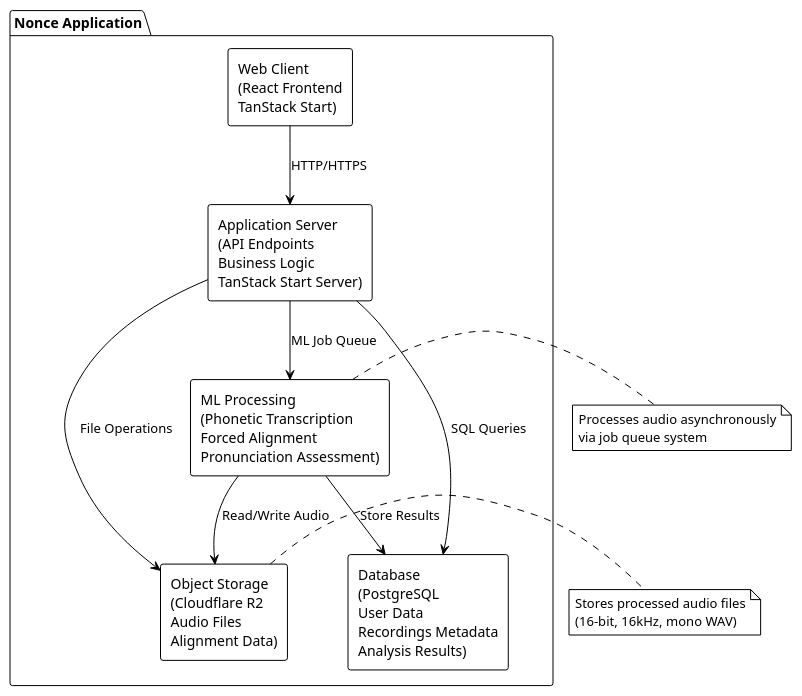
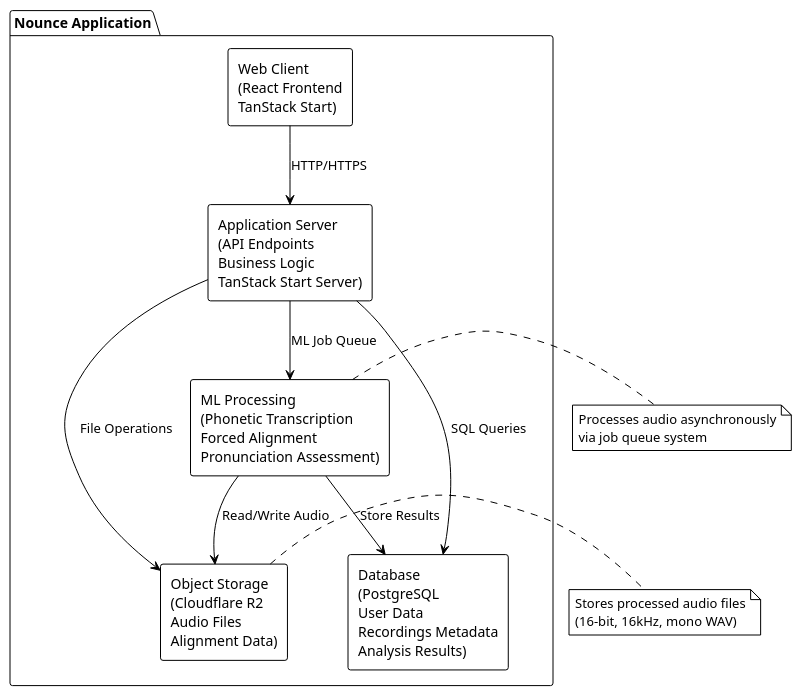
Before and after one commit to umitcan07/senior: the diagram in doc/report/diagrams/system-design.puml, drawn with PlantUML. The commit also changed 34 other files, not shown here.

```diff
--- a/doc/report/diagrams/system-design.puml
+++ b/doc/report/diagrams/system-design.puml
@@ -1,35 +1,35 @@
 @startuml
 !theme plain
 skinparam componentStyle rectangle
 
-package "Nonce Application" {
+package "Nounce Application" {
   component "Web Client\n(React Frontend\nTanStack Start)" as Client
   
   component "Application Server\n(API Endpoints\nBusiness Logic\nTanStack Start Server)" as Server
   
   component "ML Processing\n(Phonetic Transcription\nForced Alignment\nPronunciation Assessment)" as GPU
   
   component "Database\n(PostgreSQL\nUser Data\nRecordings Metadata\nAnalysis Results)" as DB
   
   component "Object Storage\n(Cloudflare R2\nAudio Files\nAlignment Data)" as Storage
 }
 
 ' Connections
 Client --> Server : HTTP/HTTPS
 Server --> DB : SQL Queries
 Server --> Storage : File Operations
 Server --> GPU : ML Job Queue
 GPU --> Storage : Read/Write Audio
 GPU --> DB : Store Results
 
 note right of GPU
   Processes audio asynchronously
   via job queue system
 end note
 
 note right of Storage
   Stores processed audio files
   (16-bit, 16kHz, mono WAV)
 end note
 
 @enduml
```
